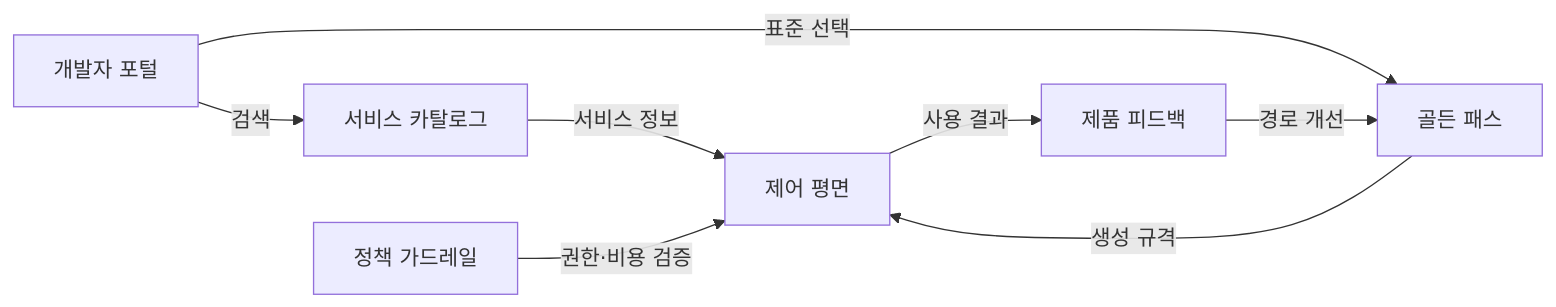
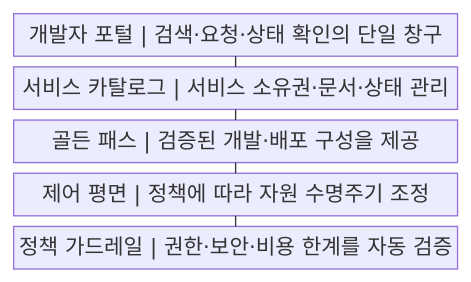
One commit to agnusdei1207/knowledge-base changed the first of 2 diagrams in src/content/docs/notes/03-software/216_platform_engineering_self_service.md. Above: the diagram before and after it, drawn with Mermaid. The commit also changed other lines of this file and 20 other files, not shown here.

````diff
--- a/src/content/docs/notes/03-software/216_platform_engineering_self_service.md
+++ b/src/content/docs/notes/03-software/216_platform_engineering_self_service.md
@@ -52,10 +52,13 @@
 ```mermaid
-flowchart LR
-    A["개발자 포털"] -->|검색| B["서비스 카탈로그"]
-    A -->|표준 선택| C["골든 패스"]
-    B -->|서비스 정보| D["제어 평면"]
-    C -->|생성 규격| D
-    E["정책 가드레일"] -->|권한·비용 검증| D
-    D -->|사용 결과| F["제품 피드백"]
-    F -->|경로 개선| C
+block
+    columns 1
+    A["개발자 포털 | 검색·요청·상태 확인의 단일 창구"]
+    B["서비스 카탈로그 | 서비스 소유권·문서·상태 관리"]
+    C["골든 패스 | 검증된 개발·배포 구성을 제공"]
+    D["제어 평면 | 정책에 따라 자원 수명주기 조정"]
+    E["정책 가드레일 | 권한·보안·비용 한계를 자동 검증"]
+    A --- B
+    B --- C
+    C --- D
+    D --- E
 ```
````
